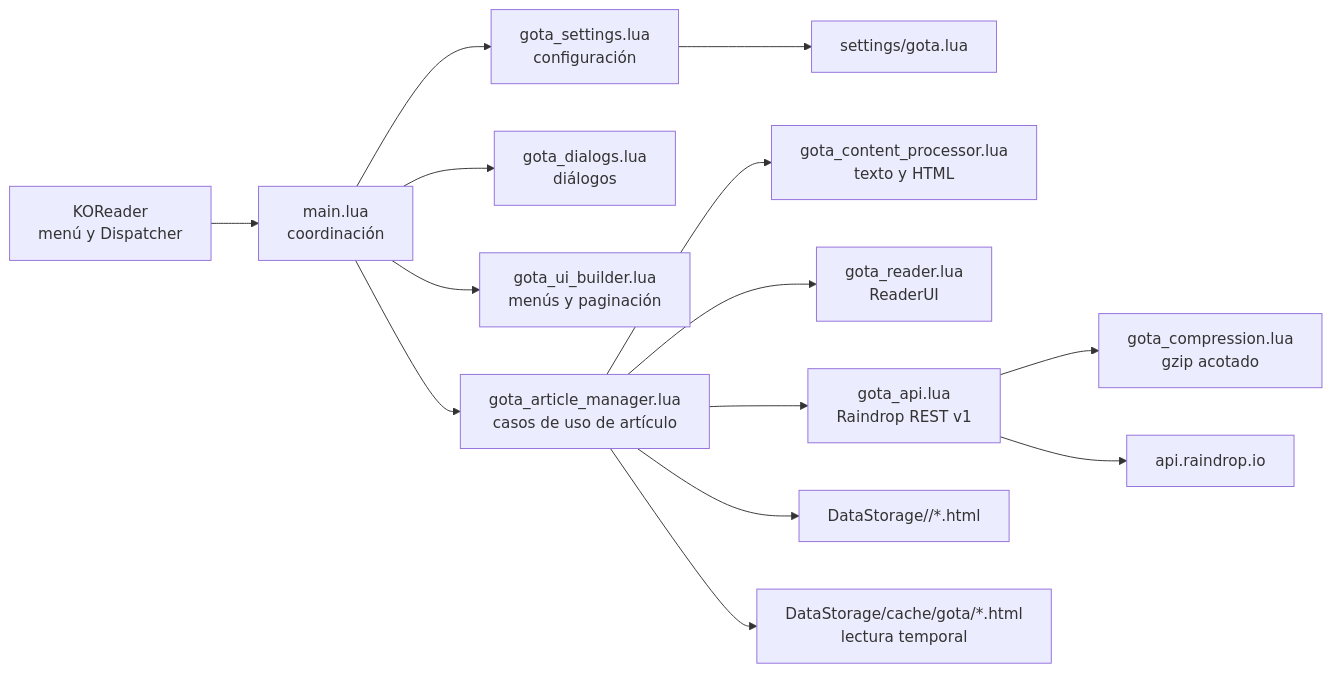
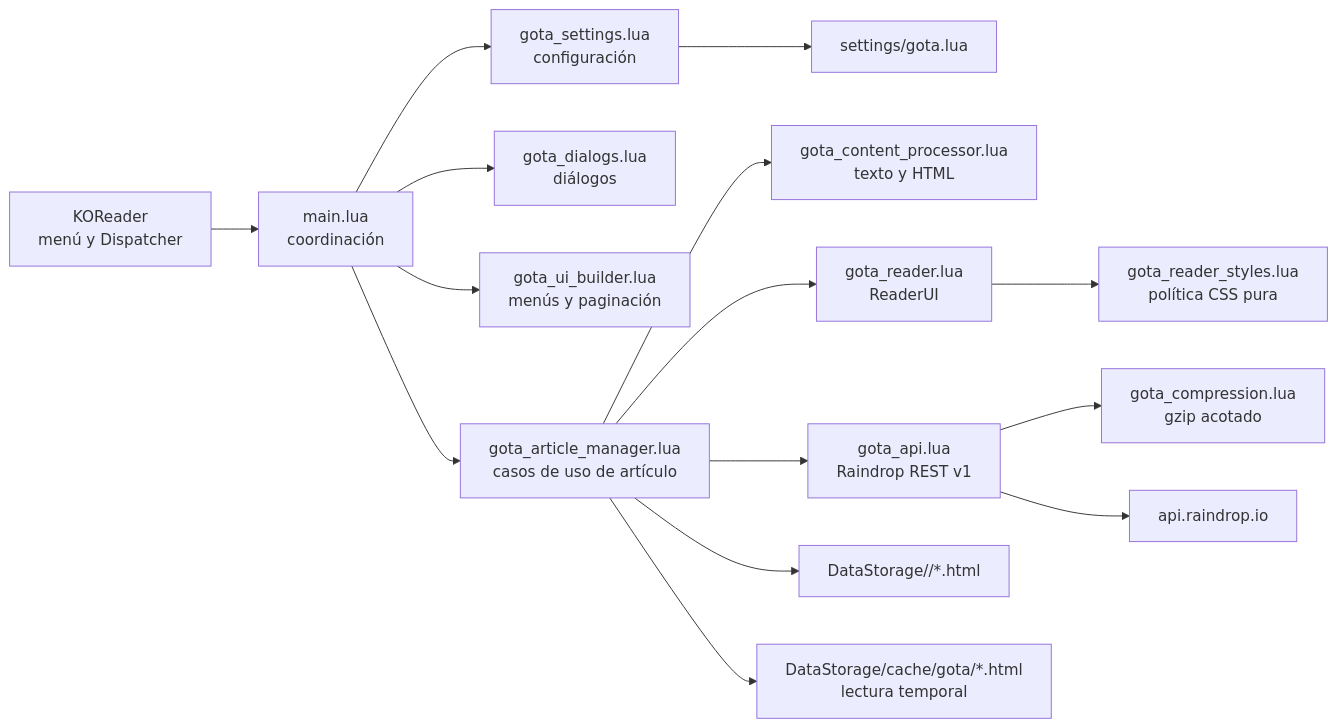
The first of 2 diagrams in gota.koplugin/ARCHITECTURE.md (cristenger/gota.koplugin-for-raindrop), drawn with Mermaid before and after one commit. The commit also changed other lines of this file and 2 other files, not shown here.

First line of the commit message:
docs: document full-reader style normalization

````diff
--- a/gota.koplugin/ARCHITECTURE.md
+++ b/gota.koplugin/ARCHITECTURE.md
@@ -13,16 +13,17 @@
 ```mermaid
 flowchart LR
     K["KOReader<br/>menú y Dispatcher"] --> M["main.lua<br/>coordinación"]
     M --> S["gota_settings.lua<br/>configuración"]
     M --> D["gota_dialogs.lua<br/>diálogos"]
     M --> U["gota_ui_builder.lua<br/>menús y paginación"]
     M --> A["gota_article_manager.lua<br/>casos de uso de artículo"]
     A --> C["gota_content_processor.lua<br/>texto y HTML"]
     A --> R["gota_reader.lua<br/>ReaderUI"]
+    R --> Y["gota_reader_styles.lua<br/>política CSS pura"]
     A --> P["gota_api.lua<br/>Raindrop REST v1"]
     P --> Z["gota_compression.lua<br/>gzip acotado"]
     P --> X["api.raindrop.io"]
     S --> F["settings/gota.lua"]
     A --> H["DataStorage/<download_path>/*.html"]
     A --> T["DataStorage/cache/gota/*.html<br/>lectura temporal"]
 ```
````
